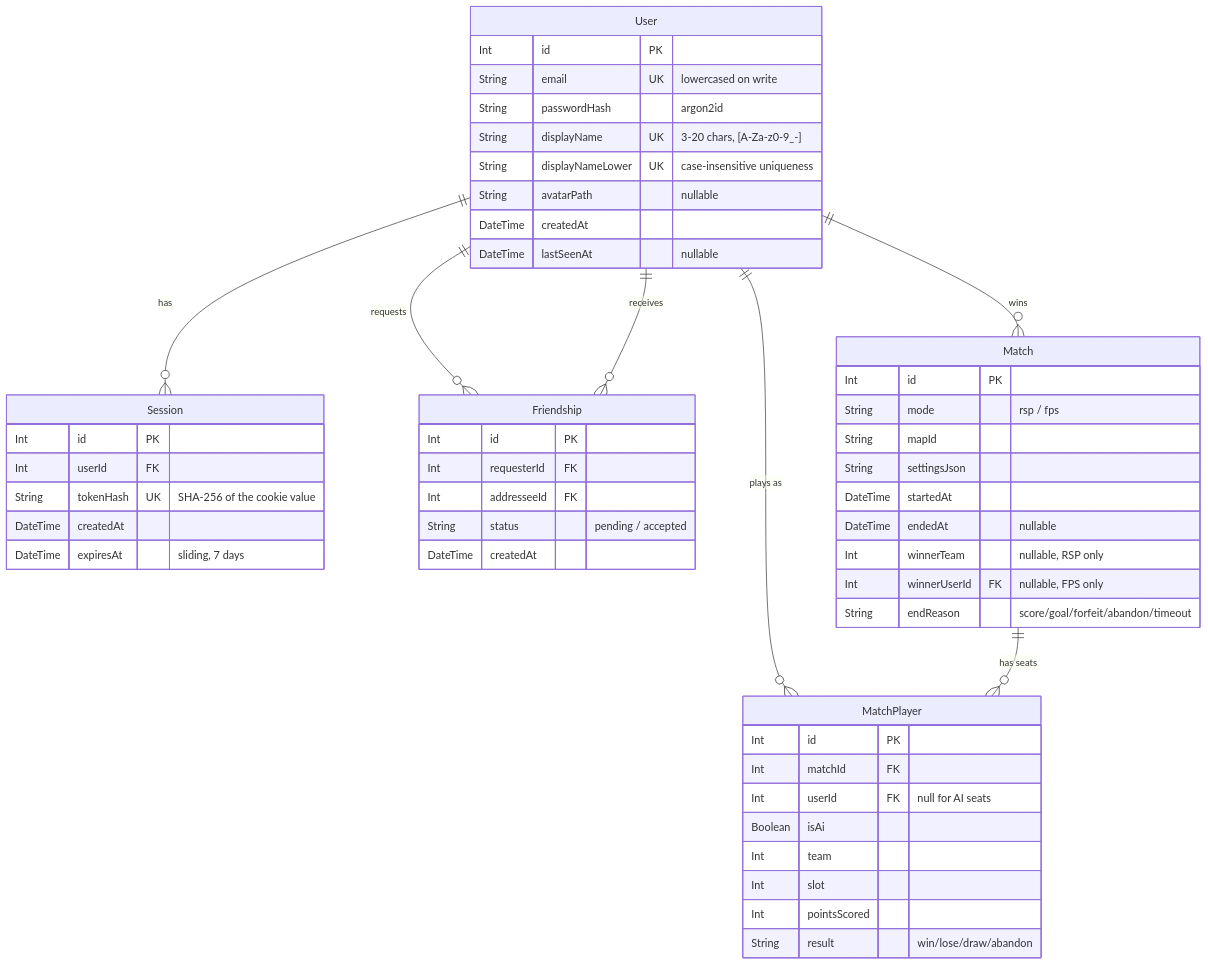
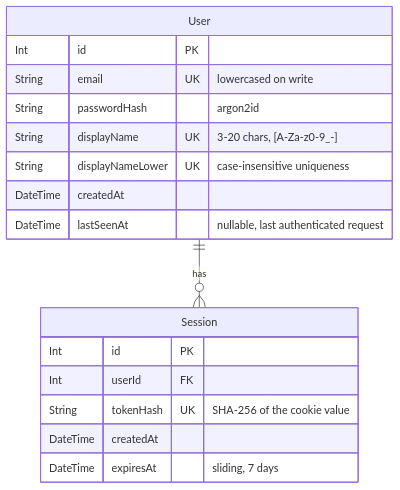
Before and after one commit to samatsum/ft_Transcendence: the third of 3 diagrams in README.md, drawn with Mermaid. The commit also changed other lines of this file, not shown here.

````diff
--- a/README.md
+++ b/README.md
@@ -241,55 +248,21 @@
 ```mermaid
 erDiagram
     User ||--o{ Session : "has"
-    User ||--o{ MatchPlayer : "plays as"
-    User ||--o{ Friendship : "requests"
-    User ||--o{ Friendship : "receives"
-    User ||--o{ Match : "wins"
-    Match ||--o{ MatchPlayer : "has seats"
 
     User {
         Int id PK
         String email UK "lowercased on write"
         String passwordHash "argon2id"
         String displayName UK "3-20 chars, [A-Za-z0-9_-]"
         String displayNameLower UK "case-insensitive uniqueness"
-        String avatarPath "nullable"
         DateTime createdAt
-        DateTime lastSeenAt "nullable"
+        DateTime lastSeenAt "nullable, last authenticated request"
     }
     Session {
         Int id PK
         Int userId FK
         String tokenHash UK "SHA-256 of the cookie value"
         DateTime createdAt
         DateTime expiresAt "sliding, 7 days"
     }
-    Friendship {
-        Int id PK
-        Int requesterId FK
-        Int addresseeId FK
-        String status "pending / accepted"
-        DateTime createdAt
-    }
-    Match {
-        Int id PK
-        String mode "rsp / fps"
-        String mapId
-        String settingsJson
-        DateTime startedAt
-        DateTime endedAt "nullable"
-        Int winnerTeam "nullable, RSP only"
-        Int winnerUserId FK "nullable, FPS only"
-        String endReason "score/goal/forfeit/abandon/timeout"
-    }
-    MatchPlayer {
-        Int id PK
-        Int matchId FK
-        Int userId FK "null for AI seats"
-        Boolean isAi
-        Int team
-        Int slot
-        Int pointsScored
-        String result "win/lose/draw/abandon"
-    }
 ```
````
